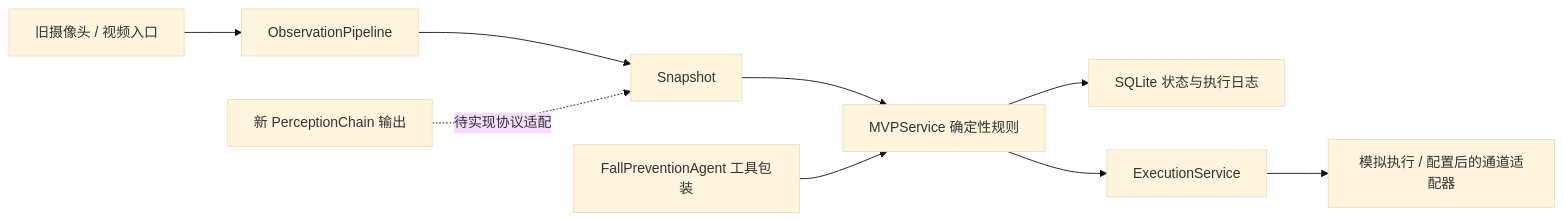
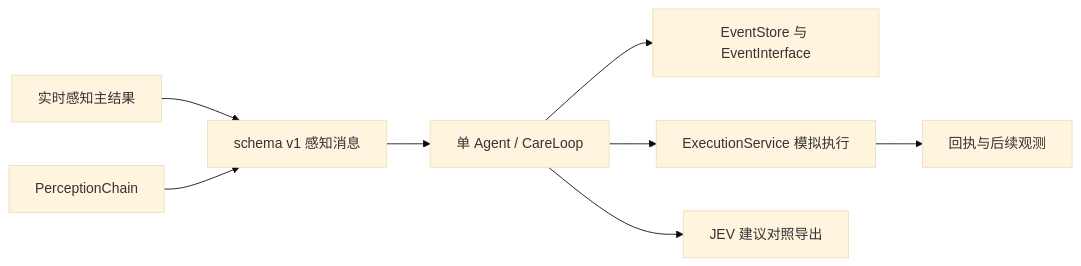
Before and after one commit to unizhe/FallPreAgent: the third of 3 diagrams in docs/ARCHITECTURE.md, drawn with Mermaid (base theme). The commit also changed other lines of this file and 31 other files, not shown here.

Commit message:
Deliver single-agent perception and replay handoff

````diff
--- a/docs/ARCHITECTURE.md
+++ b/docs/ARCHITECTURE.md
@@ -133,11 +134,10 @@
 ```mermaid
 flowchart LR
-    A[旧摄像头 / 视频入口] --> B[ObservationPipeline]
-    B --> C[Snapshot]
-    C --> D[MVPService 确定性规则]
-    D --> E[SQLite 状态与执行日志]
-    D --> F[ExecutionService]
-    G[FallPreventionAgent 工具包装] --> D
-    F --> H[模拟执行 / 配置后的通道适配器]
-    P[新 PerceptionChain 输出] -. 待实现协议适配 .-> C
+    A[实时感知主结果] --> B[schema v1 感知消息]
+    P[PerceptionChain] --> B
+    B --> C[单 Agent / CareLoop]
+    C --> D[EventStore 与 EventInterface]
+    C --> E[ExecutionService 模拟执行]
+    E --> F[回执与后续观测]
+    C --> G[JEV 建议对照导出]
 ```
````
